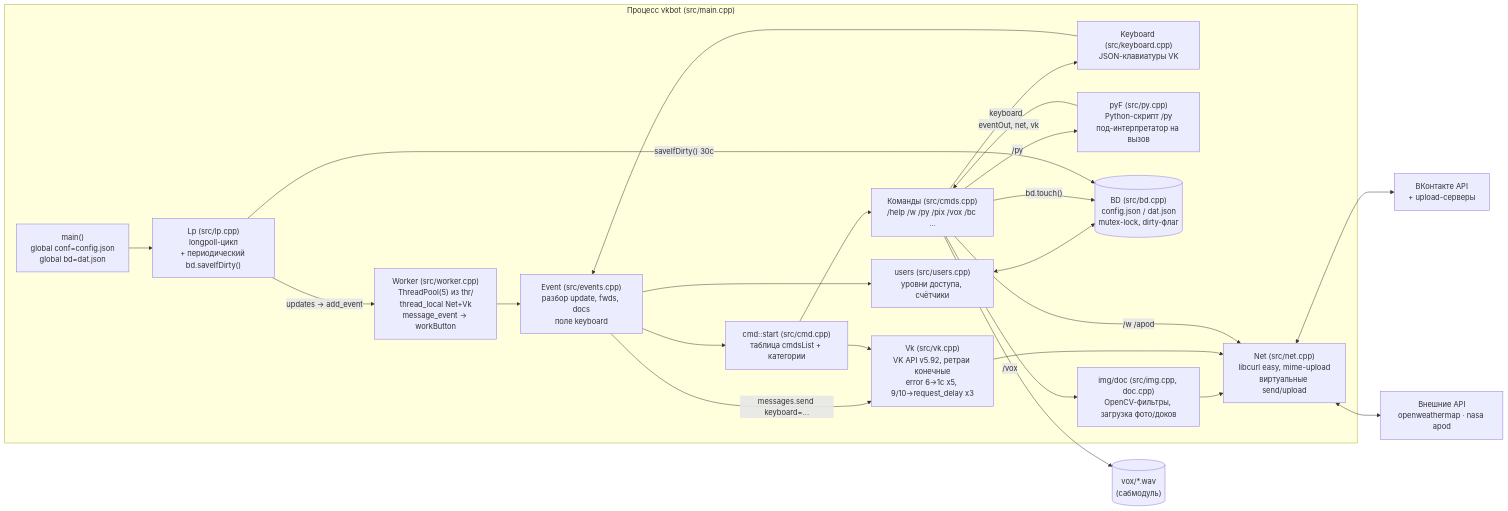
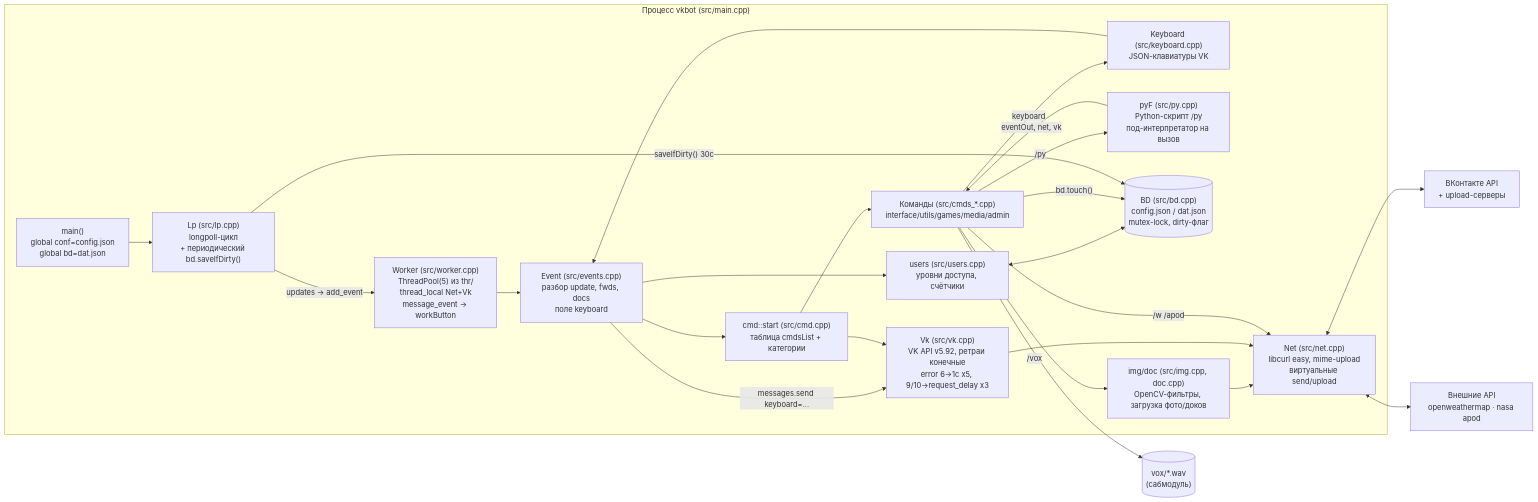
Before and after one commit to edombek/vk-cpp-bot: the diagram in docs/ARCHITECTURE.md, drawn with Mermaid. The commit also changed other lines of this file and 3 other files, not shown here.

````diff
--- a/docs/ARCHITECTURE.md
+++ b/docs/ARCHITECTURE.md
@@ -7,39 +7,39 @@
 ```mermaid
 flowchart LR
     subgraph bot ["Процесс vkbot (src/main.cpp)"]
         MAIN["main()<br/>global conf=config.json<br/>global bd=dat.json"]
         LP["Lp (src/lp.cpp)<br/>longpoll-цикл<br/>+ периодический bd.saveIfDirty()"]
         W["Worker (src/worker.cpp)<br/>ThreadPool(5) из thr/<br/>thread_local Net+Vk<br/>message_event → workButton"]
         EV["Event (src/events.cpp)<br/>разбор update, fwds, docs<br/>поле keyboard"]
         KBD["Keyboard (src/keyboard.cpp)<br/>JSON-клавиатуры VK"]
         CMD["cmd::start (src/cmd.cpp)<br/>таблица cmdsList + категории"]
-        CMDS["Команды (src/cmds.cpp)<br/>/help /w /py /pix /vox /bc ..."]
+        CMDS["Команды (src/cmds_*.cpp)<br/>interface/utils/games/media/admin"]
         PY["pyF (src/py.cpp)<br/>Python-скрипт /py<br/>под-интерпретатор на вызов"]
         USERS["users (src/users.cpp)<br/>уровни доступа, счётчики"]
         BD[("BD (src/bd.cpp)<br/>config.json / dat.json<br/>mutex-lock, dirty-флаг")]
         VK["Vk (src/vk.cpp)<br/>VK API v5.92, ретраи конечные<br/>error 6→1с x5, 9/10→request_delay x3"]
         NET["Net (src/net.cpp)<br/>libcurl easy, mime-upload<br/>виртуальные send/upload"]
         IMG["img/doc (src/img.cpp, doc.cpp)<br/>OpenCV-фильтры, загрузка фото/доков"]
     end
 
     VKS["ВКонтакте API<br/>+ upload-серверы"]
     EXT["Внешние API<br/>openweathermap · nasa apod"]
     VOX[("vox/*.wav<br/>(сабмодуль)")]
 
     MAIN --> LP
     LP -- "updates → add_event" --> W --> EV --> CMD --> CMDS
     CMDS -- "/py" --> PY
     CMDS -- "keyboard" --> KBD --> EV
     EV -- "messages.send keyboard=..." --> VK
     EV --> USERS
     USERS <--> BD
     CMDS -- "bd.touch()" --> BD
     LP -- "saveIfDirty() 30с" --> BD
     PY -- "eventOut, net, vk" --> CMDS
     CMDS --> IMG --> NET
     CMD --> VK --> NET
     CMDS -- "/w /apod" --> NET
     NET <--> VKS
     NET <--> EXT
     CMDS -- "/vox" --> VOX
 ```
````
